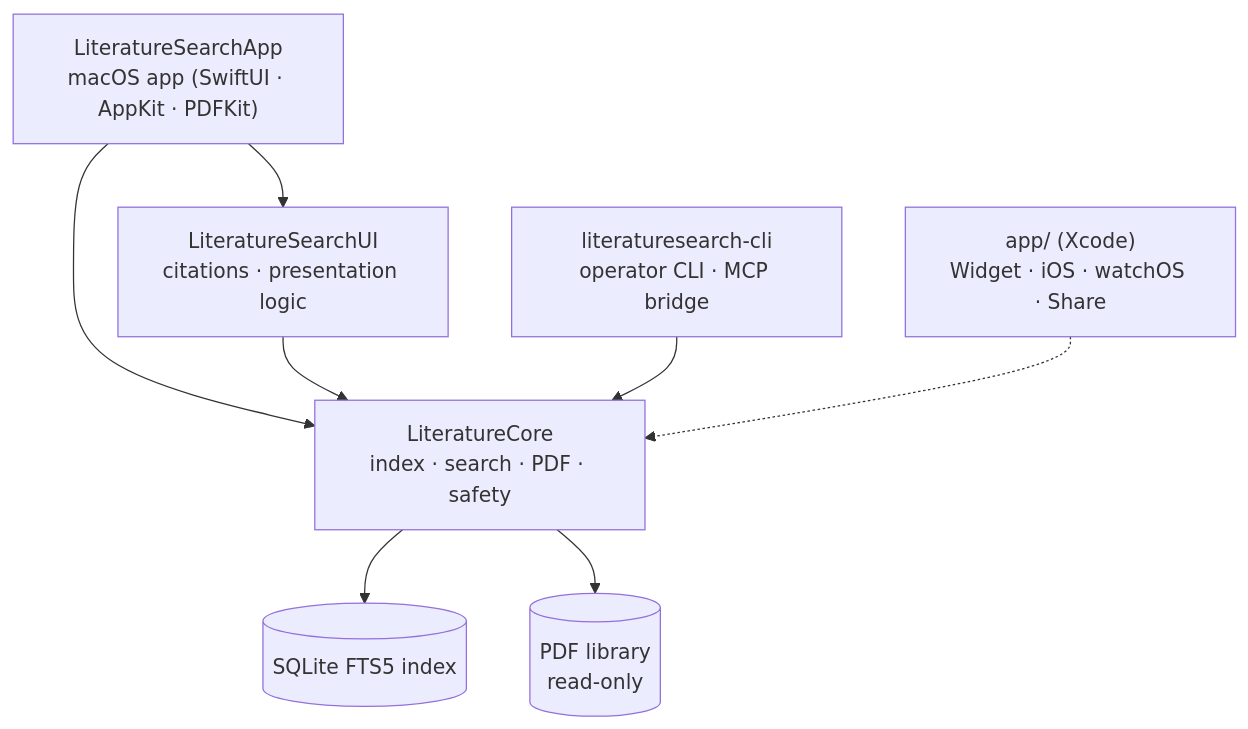
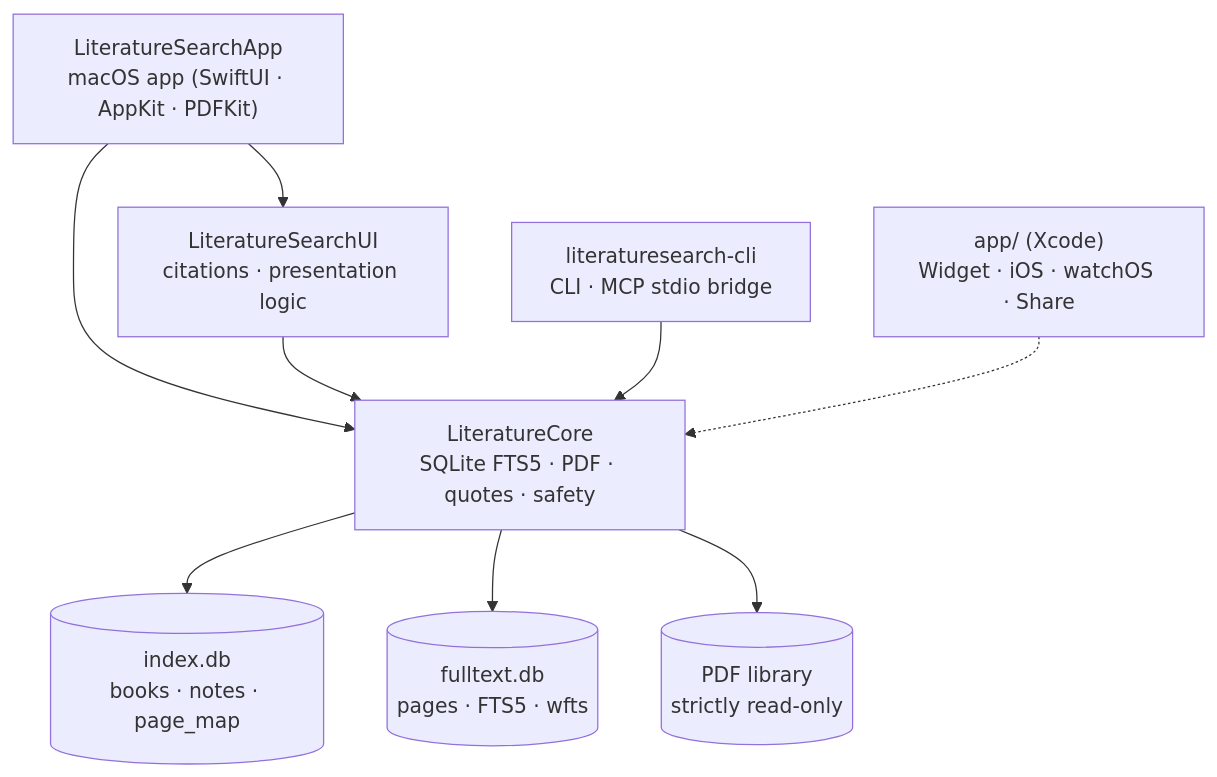
Before and after one commit to liangsiweiethan-wq/pincite: the diagram in README.md, drawn with Mermaid. The commit also changed other lines of this file and 27 other files, not shown here.

````diff
--- a/README.md
+++ b/README.md
@@ -84,10 +88,11 @@
 ```mermaid
 flowchart TD
   App["LiteratureSearchApp<br/>macOS app (SwiftUI · AppKit · PDFKit)"] --> UI["LiteratureSearchUI<br/>citations · presentation logic"]
   App --> Core
-  UI --> Core["LiteratureCore<br/>index · search · PDF · safety"]
-  CLI["literaturesearch-cli<br/>operator CLI · MCP bridge"] --> Core
+  UI --> Core["LiteratureCore<br/>SQLite FTS5 · PDF · quotes · safety"]
+  CLI["literaturesearch-cli<br/>CLI · MCP stdio bridge"] --> Core
   Xcode["app/ (Xcode)<br/>Widget · iOS · watchOS · Share"] -.-> Core
-  Core --> DB[("SQLite FTS5 index")]
-  Core --> PDFs[("PDF library<br/>read-only")]
+  Core --> MetaDB[("index.db<br/>books · notes · page_map")]
+  Core --> FullDB[("fulltext.db<br/>pages · FTS5 · wfts")]
+  Core --> PDFs[("PDF library<br/>strictly read-only")]
 ```
````
